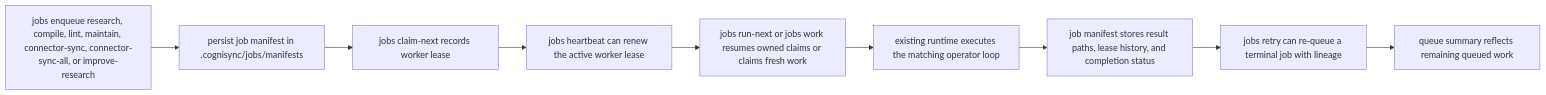
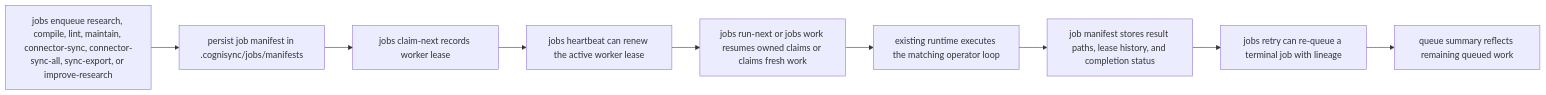
Before and after one commit to shrijacked/Cognisync: the second of 2 diagrams in docs/operator-workflows.md, drawn with Mermaid. The commit also changed other lines of this file and 11 other files, not shown here.

````diff
--- a/docs/operator-workflows.md
+++ b/docs/operator-workflows.md
@@ -446,11 +453,11 @@
 ```mermaid
 flowchart LR
-    A["jobs enqueue research, compile, lint, maintain, connector-sync, connector-sync-all, or improve-research"] --> B["persist job manifest in .cognisync/jobs/manifests"]
+    A["jobs enqueue research, compile, lint, maintain, connector-sync, connector-sync-all, sync-export, or improve-research"] --> B["persist job manifest in .cognisync/jobs/manifests"]
     B --> C["jobs claim-next records worker lease"]
     C --> D["jobs heartbeat can renew the active worker lease"]
     D --> E["jobs run-next or jobs work resumes owned claims or claims fresh work"]
     E --> F["existing runtime executes the matching operator loop"]
     F --> G["job manifest stores result paths, lease history, and completion status"]
     G --> H["jobs retry can re-queue a terminal job with lineage"]
     H --> I["queue summary reflects remaining queued work"]
 ```
````
